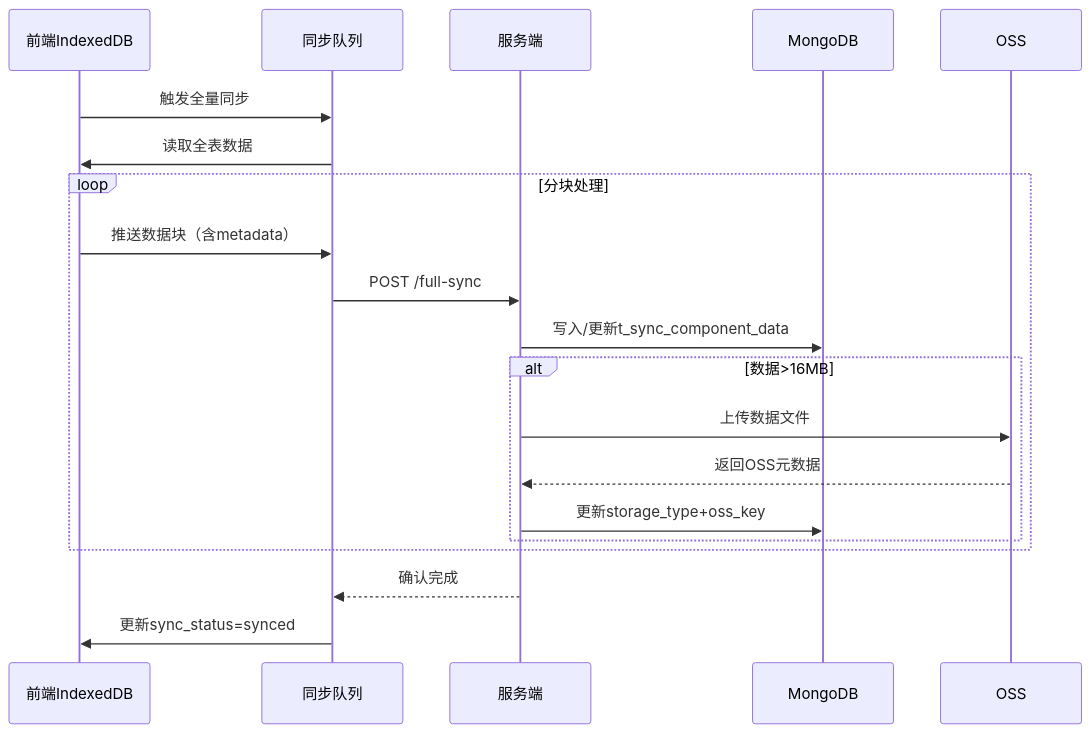
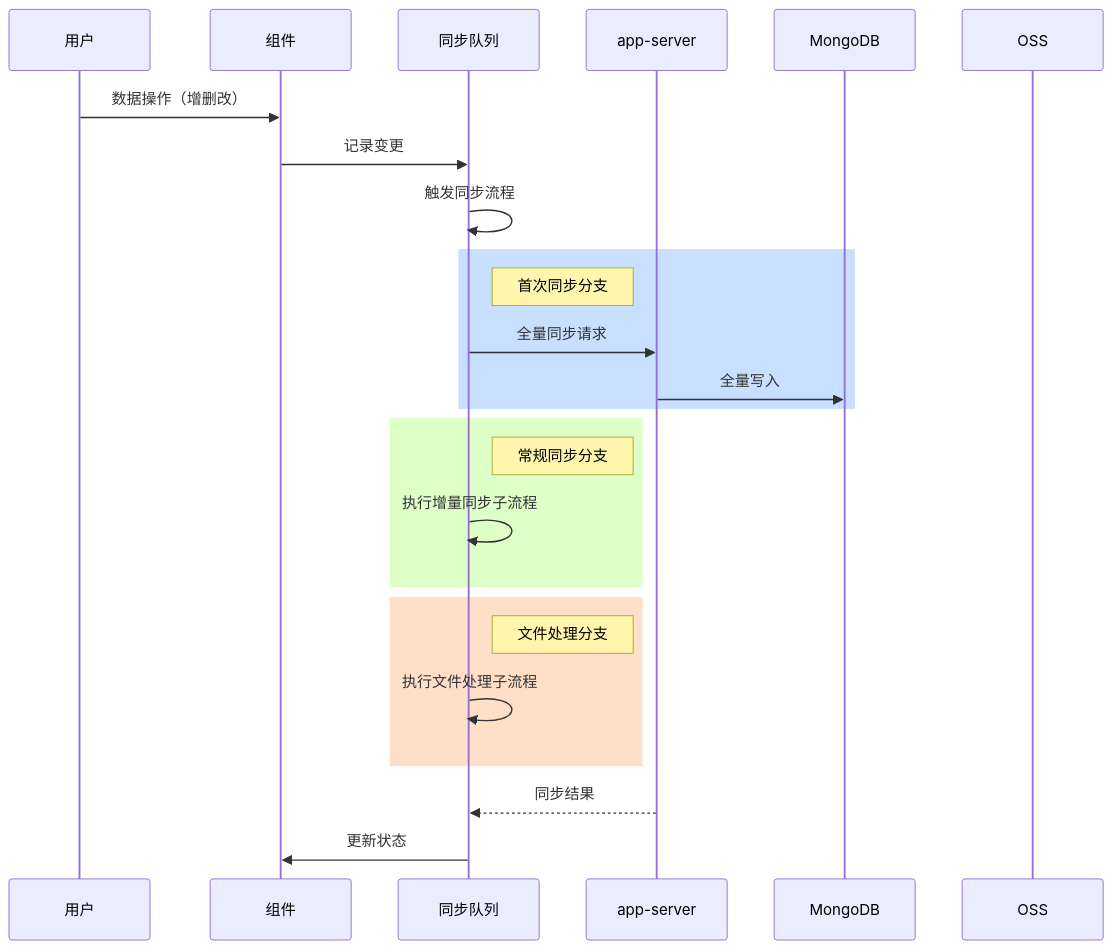
Before and after one commit to yingjianzh/iodraw-files: the diagram in all/未命名-24.md, drawn with Mermaid.

Commit message:
2025-02-24 16:18:58 update

````diff
--- a/all/未命名-24.md
+++ b/all/未命名-24.md
@@ -1,23 +1,35 @@
 ```mermaid
+
 sequenceDiagram
-    participant 前端 as 前端IndexedDB
+    participant 用户
+    participant 组件
     participant 同步队列
-    participant 服务端
+    participant app-server
     participant MongoDB
     participant OSS
 
-    前端->>同步队列: 触发全量同步
-    同步队列->>前端: 读取全表数据
-    loop 分块处理
-        前端->>同步队列: 推送数据块（含metadata）
-        同步队列->>服务端: POST /full-sync
-        服务端->>MongoDB: 写入/更新t_sync_component_data
-        alt 数据>16MB
-            服务端->>OSS: 上传数据文件
-            OSS-->>服务端: 返回OSS元数据
-            服务端->>MongoDB: 更新storage_type+oss_key
-        end
+
+    用户->>组件: 数据操作（增删改）
+    组件->>同步队列: 记录变更
+    同步队列->>同步队列: 触发同步流程
+    
+    rect rgb(200,223,255)
+    Note right of 同步队列: 首次同步分支
+    同步队列->>app-server: 全量同步请求
+    app-server->>MongoDB: 全量写入
     end
-    服务端-->>同步队列: 确认完成
-    同步队列->>前端: 更新sync_status=synced
+
+    rect rgb(223,255,200)
+    Note right of 同步队列: 常规同步分支
+    同步队列->>同步队列: 执行增量同步子流程
+    end
+
+    rect rgb(255,223,200)
+    Note right of 同步队列: 文件处理分支
+    同步队列->>同步队列: 执行文件处理子流程
+    end
+
+    app-server-->>同步队列: 同步结果
+    同步队列->>组件: 更新状态
+
 ```
````
